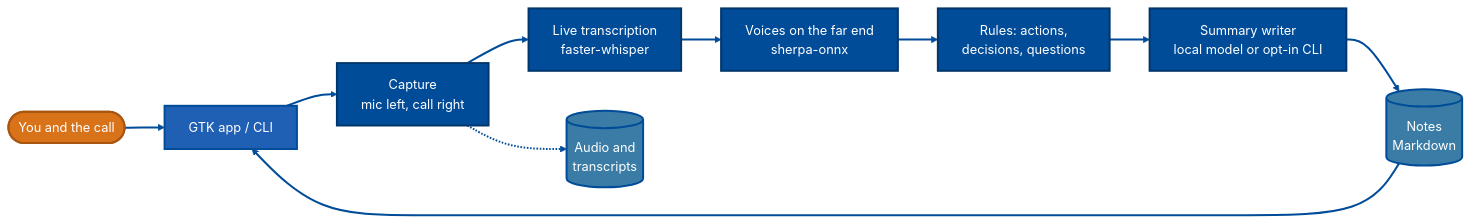
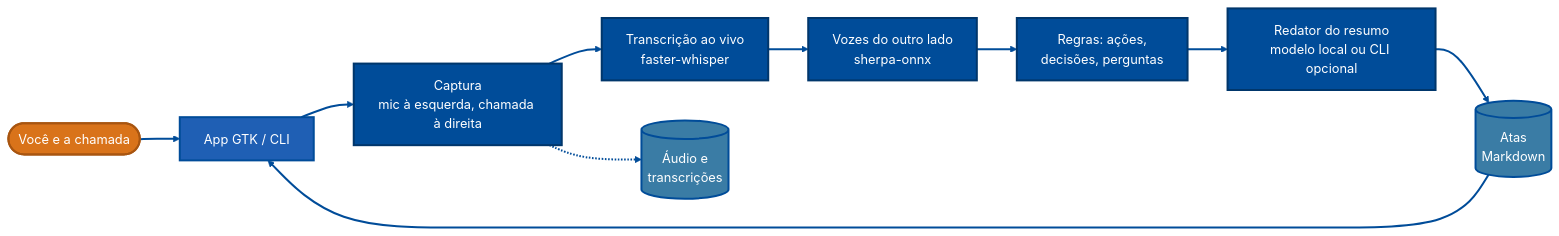
Before and after one commit to bcocheto/meetinginsights-linux: the diagram in README.md, drawn with Mermaid. The commit also changed other lines of this file and 15 other files, not shown here.

````diff
--- a/README.md
+++ b/README.md
@@ -65,18 +67,18 @@
 ```mermaid
 flowchart LR
     classDef user fill:#d9731a,stroke:#a85510,color:#fff,stroke-width:2.5px
     classDef front fill:#1f5fb4,stroke:#004c99,color:#fff,stroke-width:2.5px
     classDef back fill:#004c99,stroke:#00366b,color:#fff,stroke-width:2.5px
     classDef data fill:#3a7ca5,stroke:#004c99,color:#fff,stroke-width:2.5px
 
-    U([You and the call]):::user --> A[GTK app / CLI]:::front
-    A --> C[Capture<br/>mic left, call right]:::back
-    C --> W[Live transcription<br/>faster-whisper]:::back
-    W --> D[Voices on the far end<br/>sherpa-onnx]:::back
-    D --> R[Rules: actions,<br/>decisions, questions]:::back
-    R --> L[Summary writer<br/>local model or opt-in CLI]:::back
-    C -.-> S[(Audio and<br/>transcripts)]:::data
-    L --> N[(Notes<br/>Markdown)]:::data
+    U([Você e a chamada]):::user --> A[App GTK / CLI]:::front
+    A --> C[Captura<br/>mic à esquerda, chamada à direita]:::back
+    C --> W[Transcrição ao vivo<br/>faster-whisper]:::back
+    W --> D[Vozes do outro lado<br/>sherpa-onnx]:::back
+    D --> R[Regras: ações,<br/>decisões, perguntas]:::back
+    R --> L[Redator do resumo<br/>modelo local ou CLI opcional]:::back
+    C -.-> S[(Áudio e<br/>transcrições)]:::data
+    L --> N[(Atas<br/>Markdown)]:::data
     N --> A
     linkStyle default stroke:#004c99,stroke-width:2.5px
 ```
````
